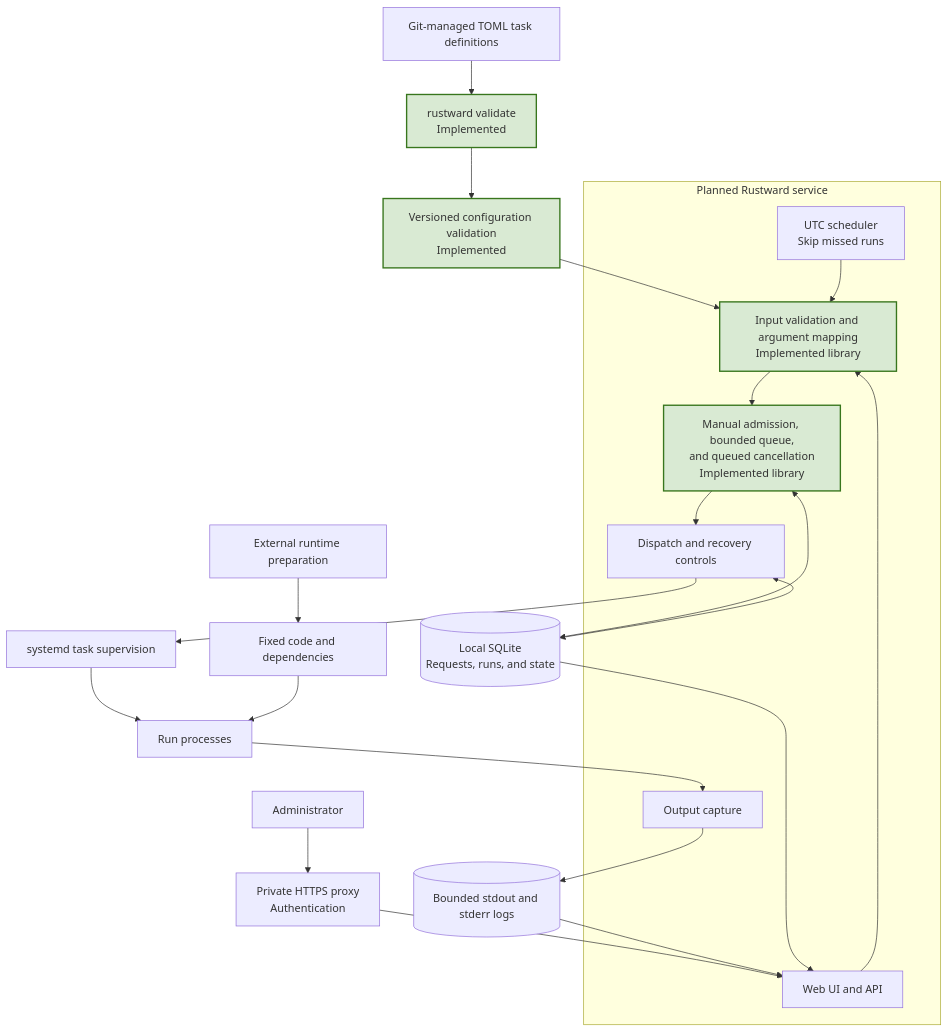
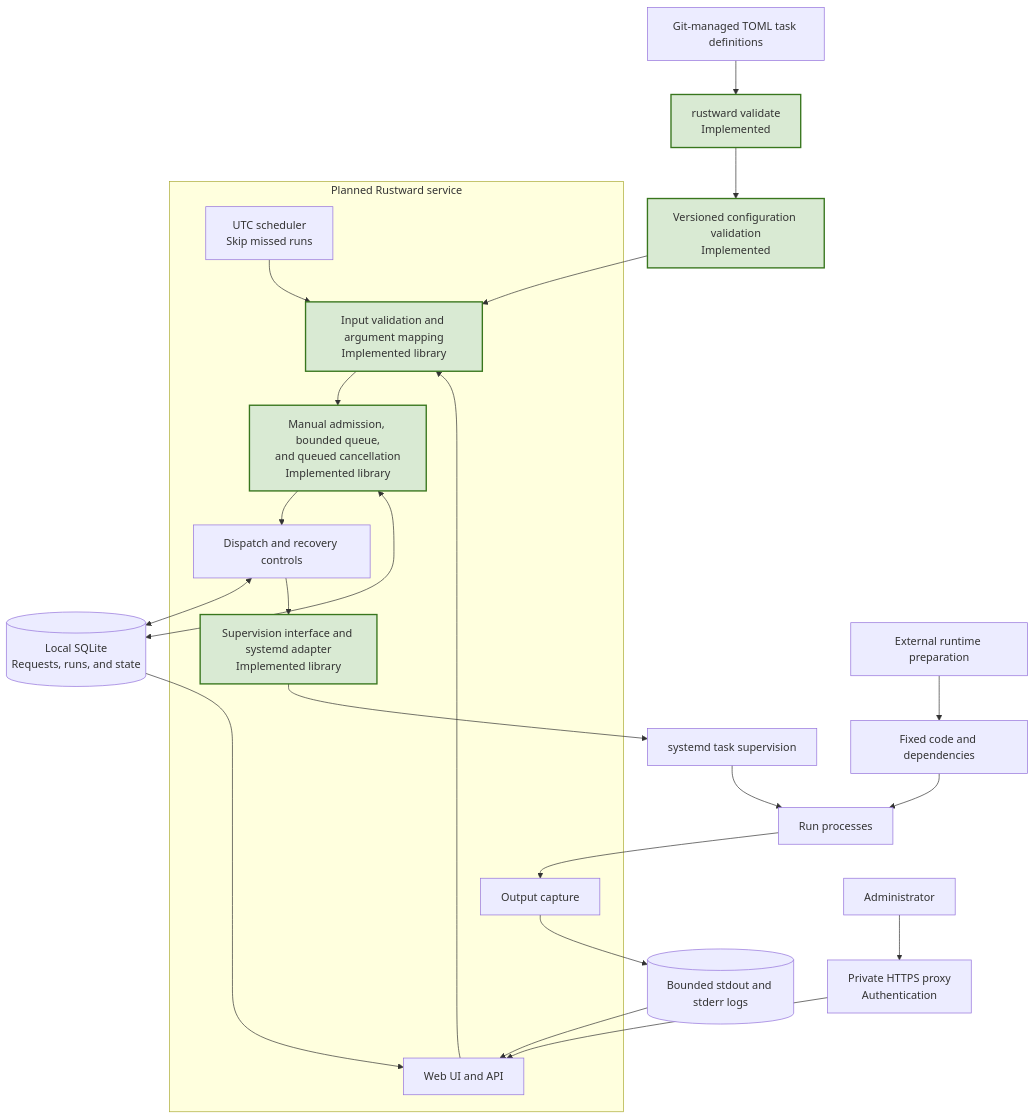
The diagram in docs/ARCHITECTURE.md (chrizpower/rustward), drawn with Mermaid before and after one commit. The commit also changed other lines of this file and 16 other files, not shown here.

Commit message:
feat: add replaceable systemd supervision adapter

````diff
--- a/docs/ARCHITECTURE.md
+++ b/docs/ARCHITECTURE.md
@@ -14,45 +15,46 @@
 ```mermaid
 flowchart TB
     Git["Git-managed TOML task definitions"]
     CLI["rustward validate<br/>Implemented"]
     Config["Versioned configuration validation<br/>Implemented"]
 
     Admin["Administrator"]
     Proxy["Private HTTPS proxy<br/>Authentication"]
 
     subgraph Service["Planned Rustward service"]
         UI["Web UI and API"]
         Cron["UTC scheduler<br/>Skip missed runs"]
         Inputs["Input validation and argument mapping<br/>Implemented library"]
         Queue["Manual admission, bounded queue,<br/>and queued cancellation<br/>Implemented library"]
         Dispatch["Dispatch and recovery controls"]
+        Adapter["Supervision interface and systemd adapter<br/>Implemented library"]
         Capture["Output capture"]
     end
 
     DB[("Local SQLite<br/>Requests, runs, and state")]
     Prepare["External runtime preparation"]
     Runtime["Fixed code and dependencies"]
     Systemd["systemd task supervision"]
     Task["Run processes"]
     Logs[("Bounded stdout and stderr logs")]
 
     Git --> CLI --> Config
     Config --> Inputs
 
     Admin --> Proxy --> UI
     UI --> Inputs
     Cron --> Inputs
     Inputs --> Queue --> Dispatch
     Queue <--> DB
     Dispatch <--> DB
 
     Prepare --> Runtime
-    Dispatch --> Systemd --> Task
+    Dispatch --> Adapter --> Systemd --> Task
     Runtime --> Task
     Task --> Capture --> Logs
     Logs --> UI
     DB --> UI
 
     classDef implemented fill:#d9ead3,stroke:#38761d,stroke-width:2px
-    class CLI,Config,Inputs,Queue implemented
+    class CLI,Config,Inputs,Queue,Adapter implemented
 ```
````
